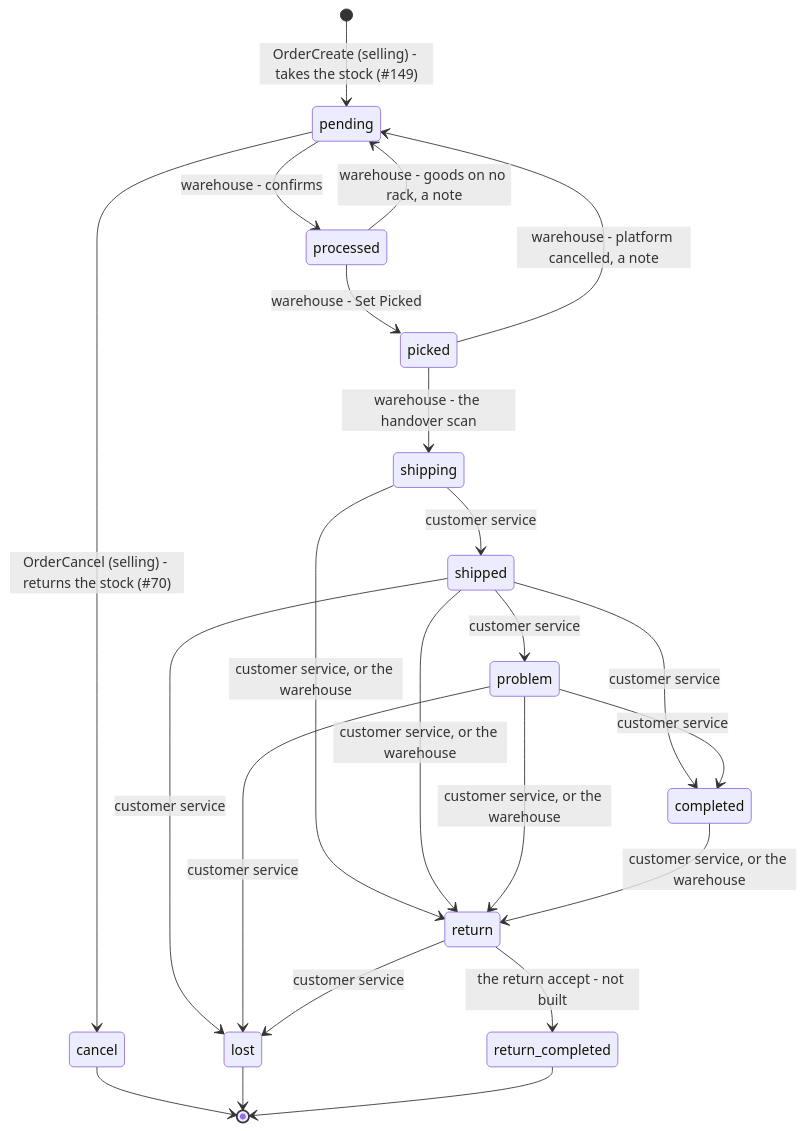
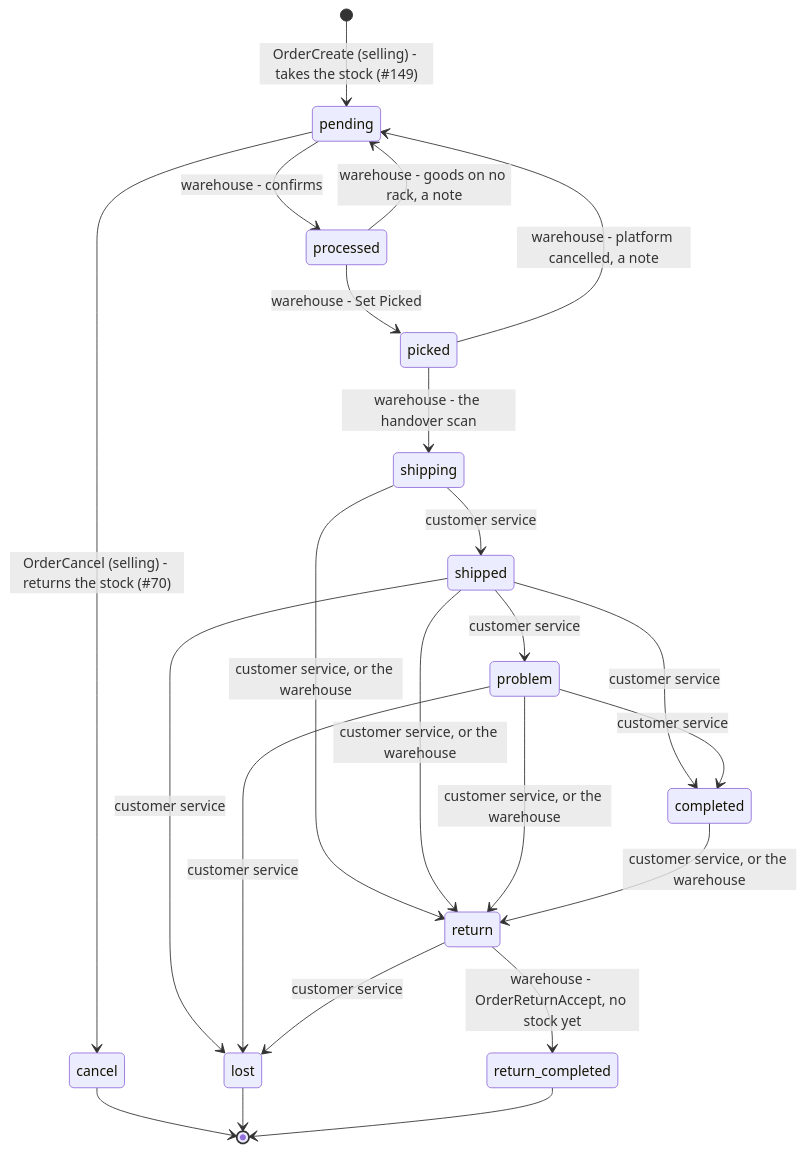
The first of 19 diagrams in docs/services/selling_service/rpc.md (pdcgo/warehouse_revamp), drawn with Mermaid before and after one commit. The commit also changed other lines of this file and 159 other files, not shown here.

````diff
--- a/docs/services/selling_service/rpc.md
+++ b/docs/services/selling_service/rpc.md
@@ -13,25 +13,25 @@
 ```mermaid
 stateDiagram-v2
     [*] --> pending: OrderCreate (selling) - takes the stock (#149)
     pending --> processed: warehouse - confirms
     processed --> pending: warehouse - goods on no rack, a note
     processed --> picked: warehouse - Set Picked
     picked --> pending: warehouse - platform cancelled, a note
     picked --> shipping: warehouse - the handover scan
     shipping --> shipped: customer service
     shipping --> return: customer service, or the warehouse
     shipped --> completed: customer service
     shipped --> problem: customer service
     shipped --> lost: customer service
     shipped --> return: customer service, or the warehouse
     problem --> completed: customer service
     problem --> lost: customer service
     problem --> return: customer service, or the warehouse
     completed --> return: customer service, or the warehouse
-    return --> return_completed: the return accept - not built
+    return --> return_completed: warehouse - OrderReturnAccept, no stock yet
     return --> lost: customer service
     pending --> cancel: OrderCancel (selling) - returns the stock (#70)
     cancel --> [*]
     lost --> [*]
     return_completed --> [*]
 ```
````
